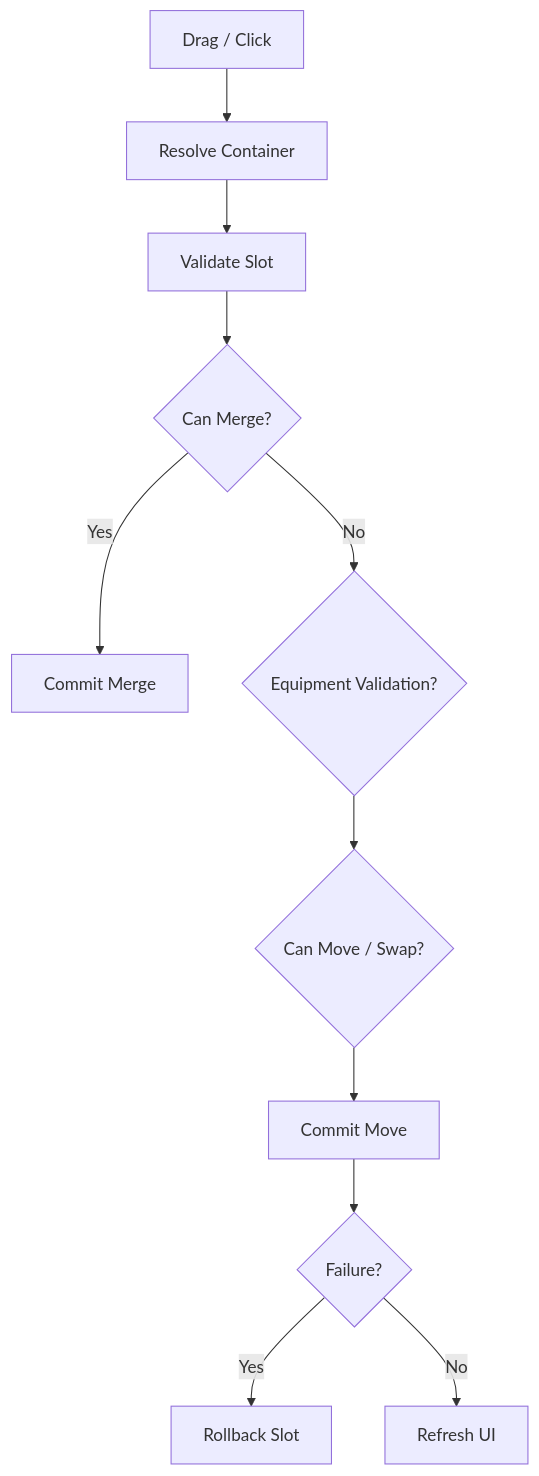
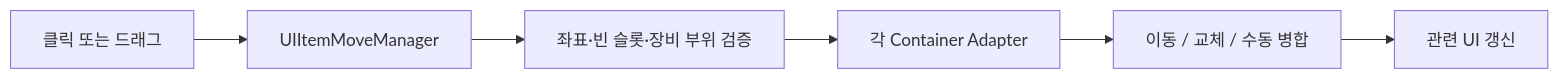
One commit to SJ97p/EscapeFromEternalReturn-CodeMap changed the diagram in docs/systems/item-container-transaction.md. Above: the diagram before and after it, drawn with Mermaid. The commit also changed other lines of this file and 4 other files, not shown here.

````diff
--- a/docs/systems/item-container-transaction.md
+++ b/docs/systems/item-container-transaction.md
@@ -13,13 +21,8 @@
 ```mermaid
-flowchart TD
-    Drag[Drag / Click] --> Resolve[Resolve Container]
-    Resolve --> Validate[Validate Slot]
-    Validate --> Merge{Can Merge?}
-    Merge -->|Yes| CommitMerge[Commit Merge]
-    Merge -->|No| Equip{Equipment Validation?}
-    Equip --> Move{Can Move / Swap?}
-    Move --> Commit[Commit Move]
-    Commit --> Rollback{Failure?}
-    Rollback -->|Yes| Restore[Rollback Slot]
-    Rollback -->|No| Refresh[Refresh UI]
+flowchart LR
+    Click[클릭 또는 드래그] --> Manager[UIItemMoveManager]
+    Manager --> Check[좌표·빈 슬롯·장비 부위 검증]
+    Check --> Adapter[각 Container Adapter]
+    Adapter --> Commit[이동 / 교체 / 수동 병합]
+    Commit --> Refresh[관련 UI 갱신]
 ```
````
